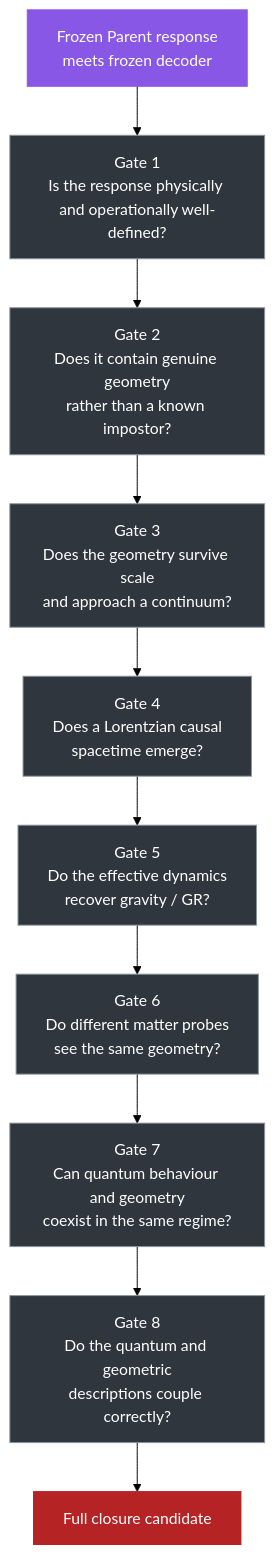
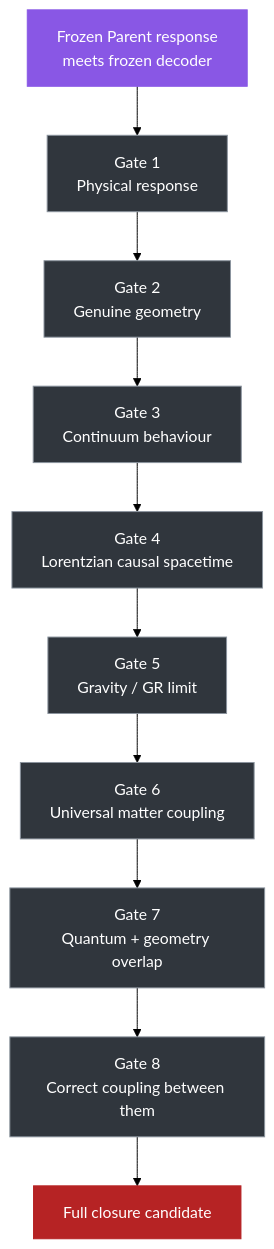
The second of 5 diagrams in Simplified_Framework/WHY_THIS_IS_NOT_A_THEORY_OF_EVERYTHING_YET.md (cameron467/The-Unbreakable-Law), drawn with Mermaid (forest theme) before and after one commit. The commit also changed other lines of this file, not shown here.

````diff
--- a/Simplified_Framework/WHY_THIS_IS_NOT_A_THEORY_OF_EVERYTHING_YET.md
+++ b/Simplified_Framework/WHY_THIS_IS_NOT_A_THEORY_OF_EVERYTHING_YET.md
@@ -91,41 +105,34 @@
 ```mermaid
-flowchart TD
+flowchart TB
 
     A["Frozen Parent response<br/>meets frozen decoder"]
 
-    B["Gate 1<br/>Is the response physically and operationally well-defined?"]
-
-    C["Gate 2<br/>Does it contain genuine geometry<br/>rather than a known impostor?"]
-
-    D["Gate 3<br/>Does the geometry survive scale<br/>and approach a continuum?"]
-
-    E["Gate 4<br/>Does a Lorentzian causal<br/>spacetime emerge?"]
-
-    F["Gate 5<br/>Do the effective dynamics<br/>recover gravity / GR?"]
-
-    G["Gate 6<br/>Do different matter probes<br/>see the same geometry?"]
-
-    H["Gate 7<br/>Can quantum behaviour and geometry<br/>coexist in the same regime?"]
-
-    I["Gate 8<br/>Do the quantum and geometric<br/>descriptions couple correctly?"]
+    B["Gate 1<br/>Physical response"]
+    C["Gate 2<br/>Genuine geometry"]
+    D["Gate 3<br/>Continuum behaviour"]
+    E["Gate 4<br/>Lorentzian causal spacetime"]
+    F["Gate 5<br/>Gravity / GR limit"]
+    G["Gate 6<br/>Universal matter coupling"]
+    H["Gate 7<br/>Quantum + geometry overlap"]
+    I["Gate 8<br/>Correct coupling between them"]
 
     J["Full closure candidate"]
 
     A --> B
     B --> C
     C --> D
     D --> E
     E --> F
     F --> G
     G --> H
     H --> I
     I --> J
 
     classDef start fill:#8957e5,stroke:#8957e5,color:#ffffff;
     classDef open fill:#30363d,stroke:#8b949e,color:#ffffff;
     classDef final fill:#b62324,stroke:#b62324,color:#ffffff;
 
     class A start;
     class B,C,D,E,F,G,H,I open;
     class J final;
 ```
````
